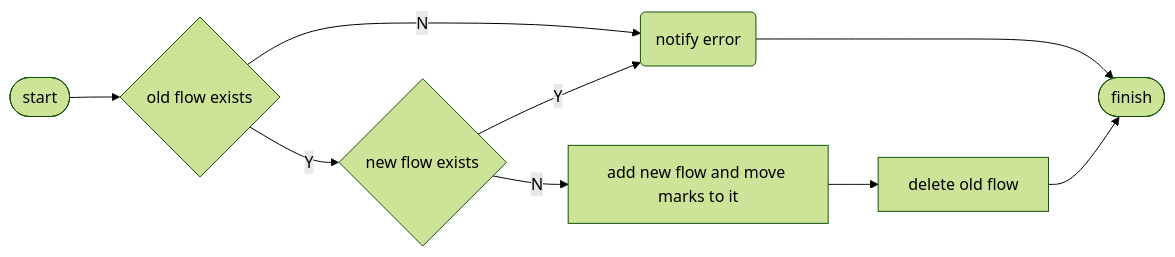
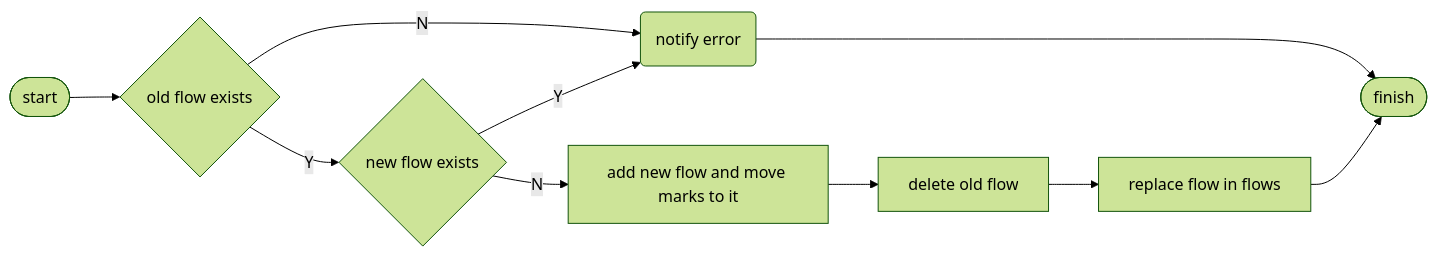
Diagram 13 of 24 in DESIGN.md (niuiic/track.nvim), drawn with Mermaid (forest theme) before and after one commit. The commit also changed other lines of this file and 4 other files, not shown here.

Commit message:
feat: change flow order

````diff
--- a/DESIGN.md
+++ b/DESIGN.md
@@ -315,18 +325,20 @@
 ```mermaid
 flowchart LR
     start([start]) --> n1
 
     n1{old flow exists}
     n1 --Y--> n2
     n1 --N--> error(notify error) --> finish
 
     n2{new flow exists}
     n2 --Y--> error
     n2 --N--> n3
 
     n3[add new flow and move marks to it] --> n4
 
-    n4[delete old flow] --> finish
+    n4[delete old flow] --> n5
+
+    n5[replace flow in flows] --> finish
 
     finish([finish])
 ```
````
